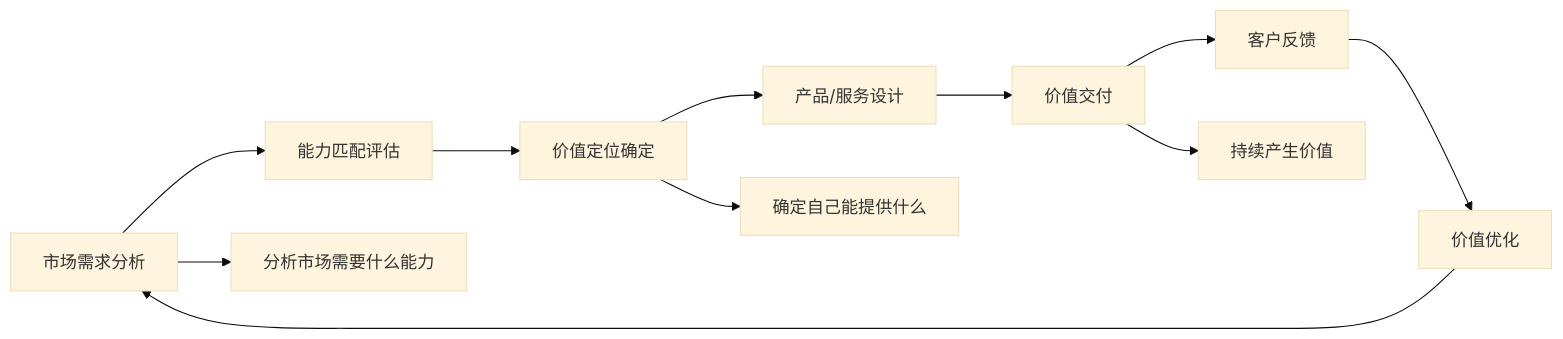
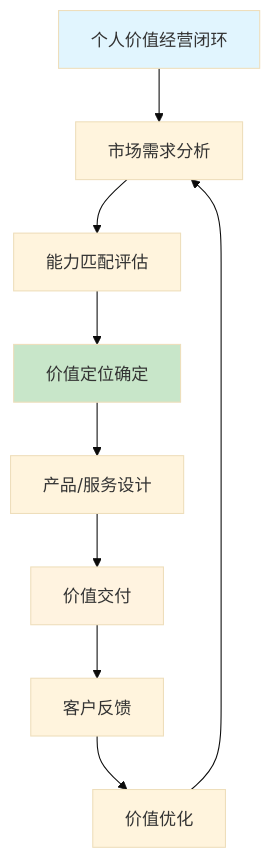
The fourth of 12 diagrams in 10.自我进阶提升书/01.自我思考和挑战/1.5经营好自我公司.md (chongyang211/YCBookBlog), drawn with Mermaid (base theme) before and after one commit. The commit also changed other lines of this file and 13 other files, not shown here.

````diff
--- a/10.自我进阶提升书/01.自我思考和挑战/1.5经营好自我公司.md
+++ b/10.自我进阶提升书/01.自我思考和挑战/1.5经营好自我公司.md
@@ -93,14 +125,15 @@
 ```mermaid
-graph LR
-    A[市场需求分析] --> B[能力匹配评估]
-    B --> C[价值定位确定]
-    C --> D[产品/服务设计]
-    D --> E[价值交付]
-    E --> F[客户反馈]
-    F --> G[价值优化]
-    G --> A
+graph TD
+    A[个人价值经营闭环] --> B[市场需求分析]
+    B --> C[能力匹配评估]
+    C --> D[价值定位确定]
+    D --> E[产品/服务设计]
+    E --> F[价值交付]
+    F --> G[客户反馈]
+    G --> H[价值优化]
+    H --> B
     
-    A --> A1[分析市场需要什么能力]
-    C --> C1[确定自己能提供什么]
-    E --> E1[持续产生价值]
+    style A fill:#e1f5fe
+    style D fill:#c8e6c9
+    style F fill:#fff3e0
 ```
````
